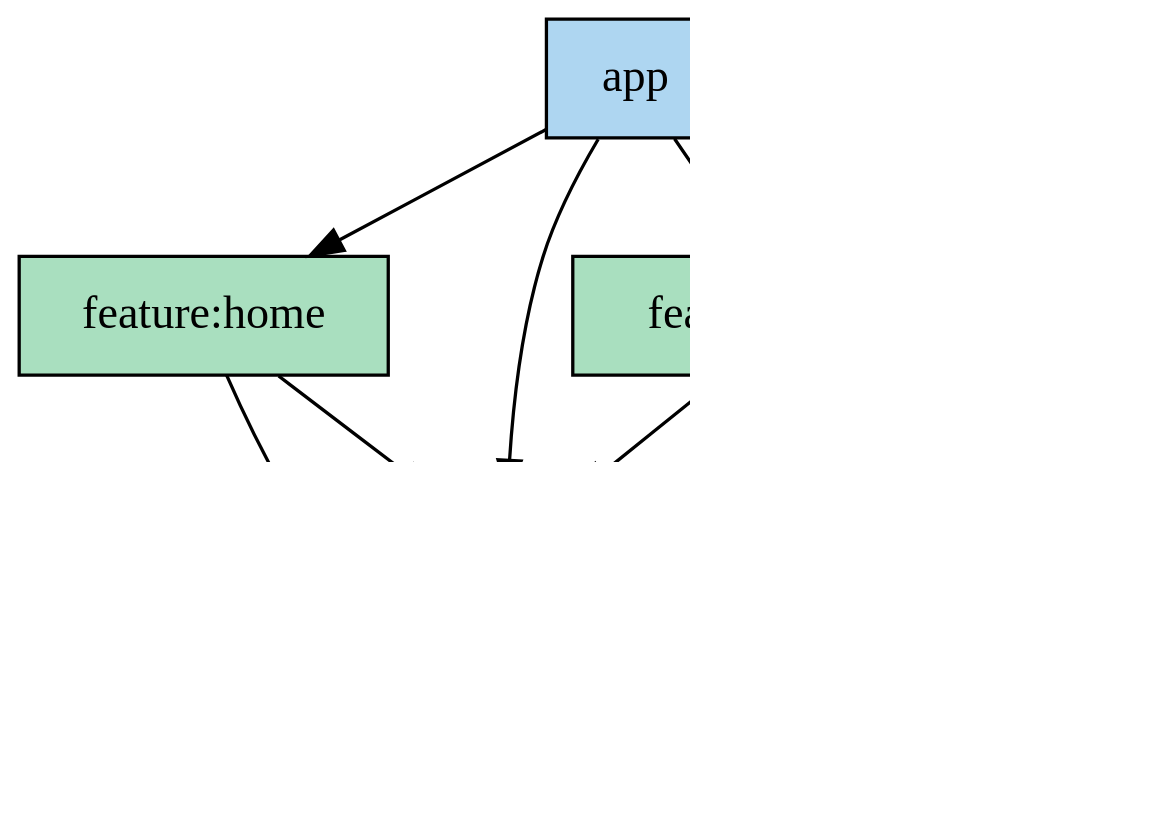
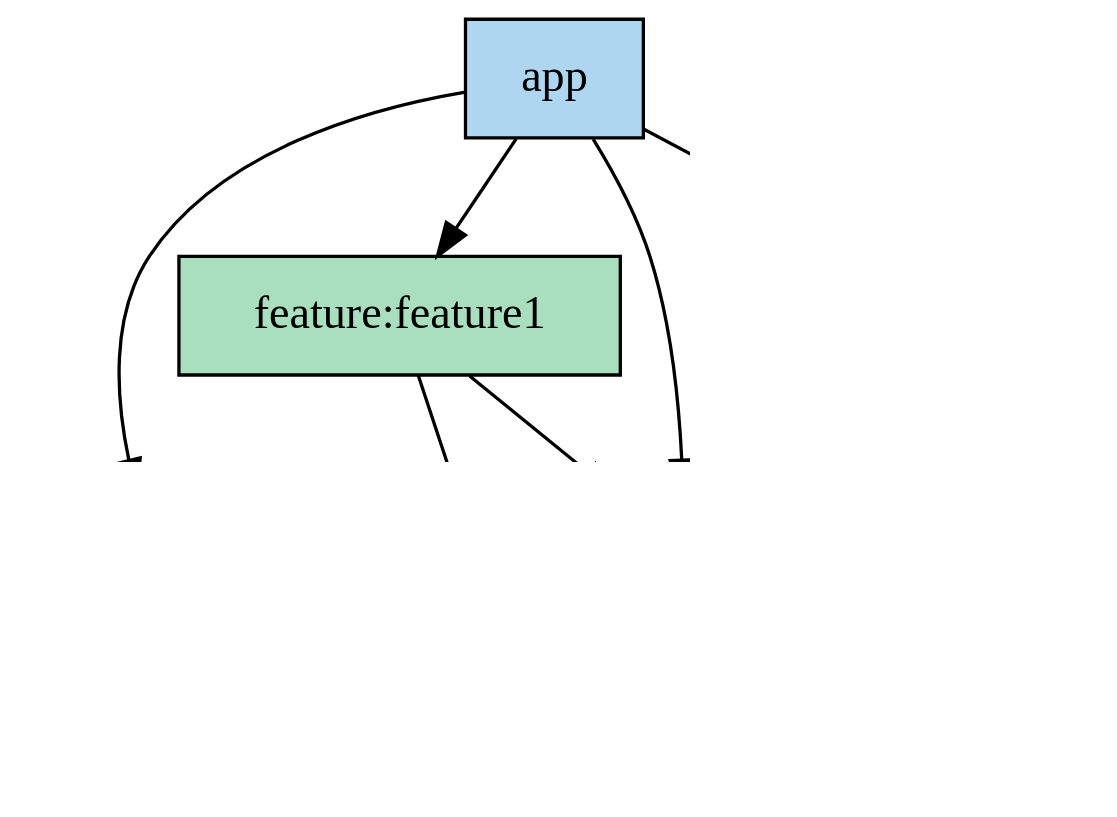
Before and after one commit to soma17th-369/Laimory-android: the diagram in docs/dependency-graph/modules.dot, drawn with Graphviz. The commit also changed 3 other files, not shown here.

```diff
--- a/docs/dependency-graph/modules.dot
+++ b/docs/dependency-graph/modules.dot
@@ -1,33 +1,24 @@
 digraph "modules" {
 edge ["dir"="forward"]
 graph ["dpi"="150" "rankdir"="TB"]
 node ["shape"="rectangle" "style"="filled"]
 
-// app
 "app" ["label"="app" "fillcolor"="#AED6F1"]
-
-// feature modules
-"feature-home"     ["label"="feature:home"     "fillcolor"="#A9DFBF"]
+"core-data" ["label"="core:data" "fillcolor"="#FAD7A0"]
+"core-domain" ["label"="core:domain" "fillcolor"="#D2B4DE"]
+"core-ui" ["label"="core:ui" "fillcolor"="#FAD7A0"]
 "feature-feature1" ["label"="feature:feature1" "fillcolor"="#A9DFBF"]
-
-// core modules
-"core-ui"   ["label"="core:ui"   "fillcolor"="#FAD7A0"]
-"core-data" ["label"="core:data" "fillcolor"="#FAD7A0"]
-
-// domain
-"core-domain" ["label"="core:domain" "fillcolor"="#D2B4DE"]
+"feature-home" ["label"="feature:home" "fillcolor"="#A9DFBF"]
 
 // edges
+"app" -> "core-data"
+"app" -> "core-ui"
+"app" -> "feature-feature1"
 "app" -> "feature-home"
-"app" -> "feature-feature1"
-"app" -> "core-ui"
-"app" -> "core-data"
-
-"feature-home"     -> "core-ui"
-"feature-home"     -> "core-domain"
+"core-data" -> "core-domain"
+"core-ui" -> "core-domain"
+"feature-feature1" -> "core-domain"
 "feature-feature1" -> "core-ui"
-"feature-feature1" -> "core-domain"
-
-"core-ui"   -> "core-domain"
-"core-data" -> "core-domain"
+"feature-home" -> "core-domain"
+"feature-home" -> "core-ui"
 }
```
